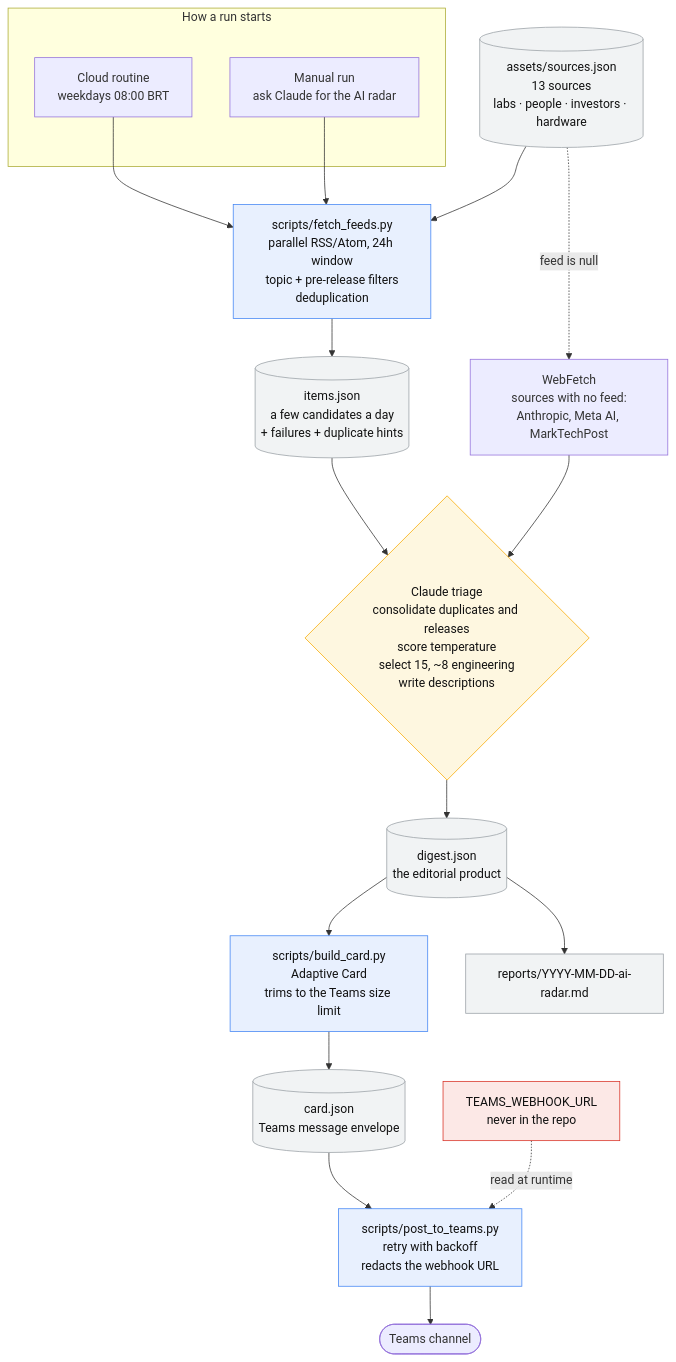
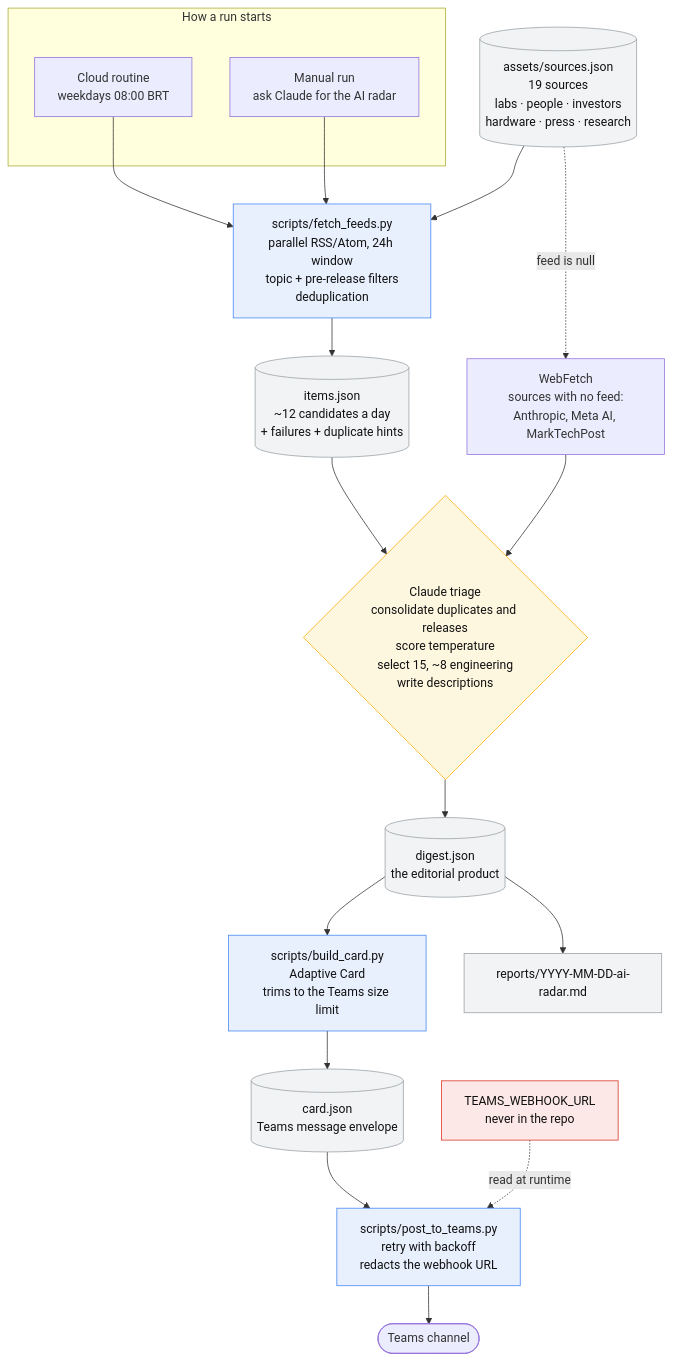
The diagram in README.md (werner-denzin/claude-labs), drawn with Mermaid before and after one commit. The commit also changed other lines of this file and 3 other files, not shown here.

````diff
--- a/README.md
+++ b/README.md
@@ -19,47 +19,47 @@
 ```mermaid
 flowchart TD
     subgraph triggers["How a run starts"]
         ROUTINE["Cloud routine<br>weekdays 08:00 BRT"]
         MANUAL["Manual run<br>ask Claude for the AI radar"]
     end
 
-    CATALOG[("assets/sources.json<br>13 sources<br>labs · people · investors · hardware")]
+    CATALOG[("assets/sources.json<br>19 sources<br>labs · people · investors<br>hardware · press · research")]
     FETCH["scripts/fetch_feeds.py<br>parallel RSS/Atom, 24h window<br>topic + pre-release filters<br>deduplication"]
-    ITEMS[("items.json<br>a few candidates a day<br>+ failures + duplicate hints")]
+    ITEMS[("items.json<br>~12 candidates a day<br>+ failures + duplicate hints")]
     WEB["WebFetch<br>sources with no feed:<br>Anthropic, Meta AI, MarkTechPost"]
 
     TRIAGE{"Claude triage<br>consolidate duplicates and releases<br>score temperature<br>select 15, ~8 engineering<br>write descriptions"}
     DIGEST[("digest.json<br>the editorial product")]
 
     BUILD["scripts/build_card.py<br>Adaptive Card<br>trims to the Teams size limit"]
     CARD[("card.json<br>Teams message envelope")]
     POST["scripts/post_to_teams.py<br>retry with backoff<br>redacts the webhook URL"]
 
     TEAMS(["Teams channel"])
     ARCHIVE["reports/YYYY-MM-DD-ai-radar.md"]
     SECRET["TEAMS_WEBHOOK_URL<br>never in the repo"]
 
     ROUTINE --> FETCH
     MANUAL --> FETCH
     CATALOG --> FETCH
     FETCH --> ITEMS
     CATALOG -. "feed is null" .-> WEB
     ITEMS --> TRIAGE
     WEB --> TRIAGE
     TRIAGE --> DIGEST
     DIGEST --> BUILD
     BUILD --> CARD
     CARD --> POST
     POST --> TEAMS
     DIGEST --> ARCHIVE
     SECRET -. read at runtime .-> POST
 
     classDef script fill:#e8f0fe,stroke:#4285f4,color:#111
     classDef data fill:#f1f3f4,stroke:#9aa0a6,color:#111
     classDef judgment fill:#fef7e0,stroke:#f9ab00,color:#111
     classDef secret fill:#fce8e6,stroke:#d93025,color:#111
     class FETCH,BUILD,POST script
     class CATALOG,ITEMS,DIGEST,CARD,ARCHIVE data
     class TRIAGE judgment
     class SECRET secret
 ```
````
